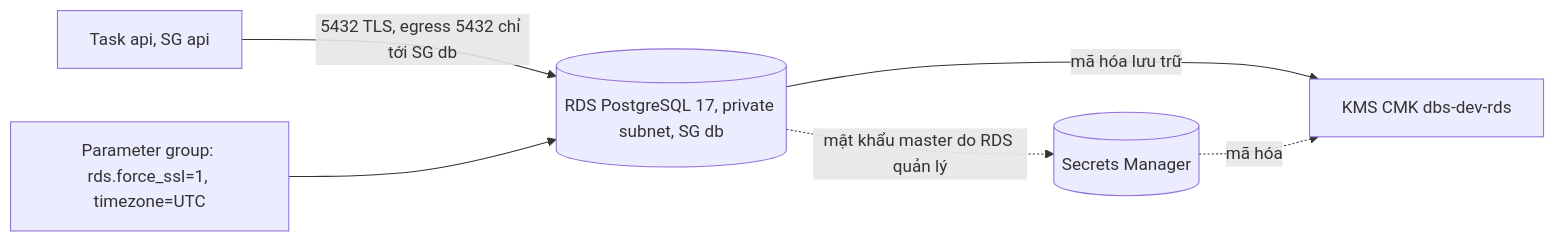
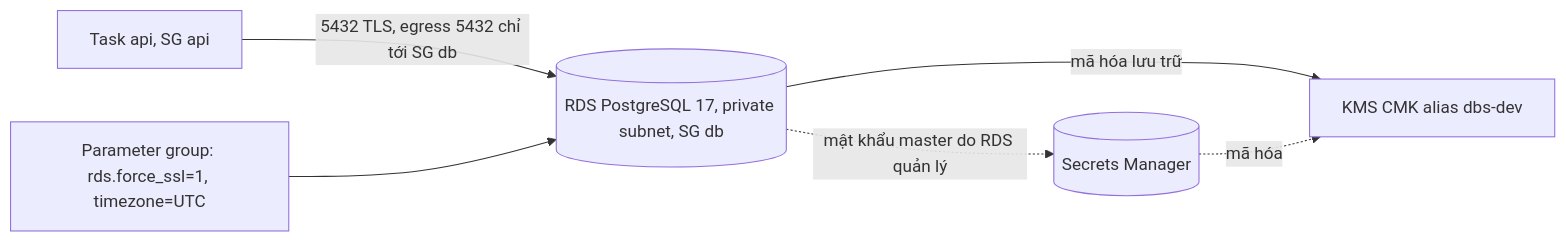
Before and after one commit to Lawliet119/digital-banking-simulator: the diagram in docs/features/DBS-66-terraform-rds.md, drawn with Mermaid. The commit also changed other lines of this file and 1 other file, not shown here.

Commit message:
docs(features): DBS-66 design revised after domain review

````diff
--- a/docs/features/DBS-66-terraform-rds.md
+++ b/docs/features/DBS-66-terraform-rds.md
@@ -59,8 +62,8 @@
 ```mermaid
 flowchart LR
   T[Task api, SG api] -->|5432 TLS, egress 5432 chỉ tới SG db| R[(RDS PostgreSQL 17, private subnet, SG db)]
-  R -->|mã hóa lưu trữ| K[KMS CMK dbs-dev-rds]
+  R -->|mã hóa lưu trữ| K[KMS CMK alias dbs-dev]
   R -.mật khẩu master do RDS quản lý.-> SM[(Secrets Manager)]
   SM -.mã hóa.-> K
   PG[Parameter group: rds.force_ssl=1, timezone=UTC] --> R
 ```
````
